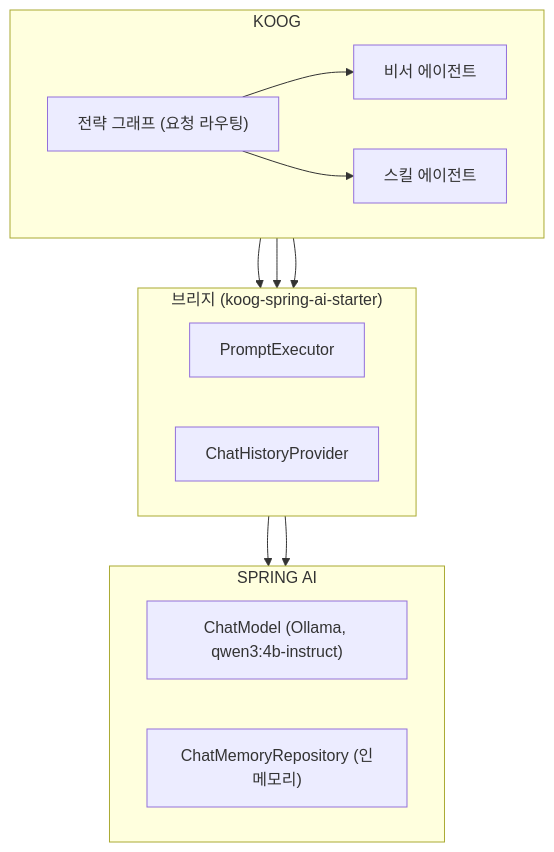
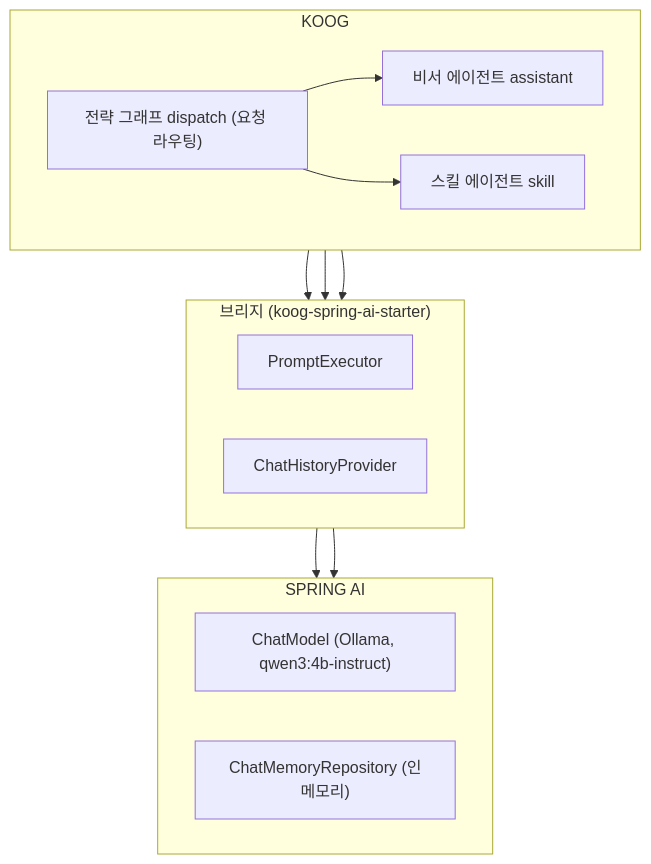
The first of 2 diagrams in demo-phase3/docs/Koog.md (devjune/ai-study), drawn with Mermaid before and after one commit. The commit also changed other lines of this file, not shown here.

Commit message:
docs(demo-phase3): Koog.md 여섯 단계 절에서 실행 기록의 이름(dispatch, assistant, skill)을 먼저 소개하고 콜아웃이 받아 씀
Claude-Session: https://claude.ai/code/session_01EuQWNfhXexEBDs2vnTj3cx

````diff
--- a/demo-phase3/docs/Koog.md
+++ b/demo-phase3/docs/Koog.md
@@ -75,21 +75,21 @@
 ```mermaid
 flowchart TB
     subgraph K["KOOG"]
         direction LR
-        D["전략 그래프 (요청 라우팅)"] --> A["비서 에이전트"]
-        D --> SK["스킬 에이전트"]
+        D["전략 그래프 dispatch (요청 라우팅)"] --> A["비서 에이전트 assistant"]
+        D --> SK["스킬 에이전트 skill"]
     end
     subgraph B["브리지 (koog-spring-ai-starter)"]
         direction LR
         PE["PromptExecutor"]
         HP["ChatHistoryProvider"]
     end
     subgraph SA["SPRING AI"]
         direction LR
         CM["ChatModel (Ollama, qwen3:4b-instruct)"]
         MR["ChatMemoryRepository (인메모리)"]
     end
     A --> PE --> CM
     A --> HP --> MR
     SK --> PE
 ```
````
